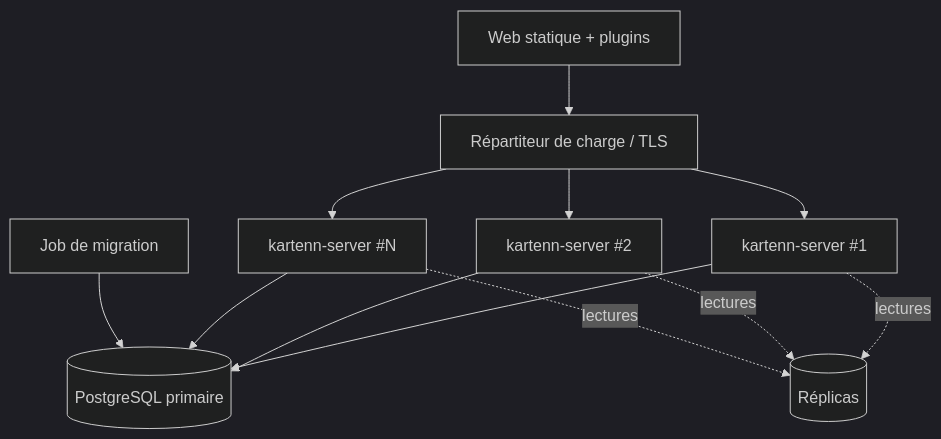
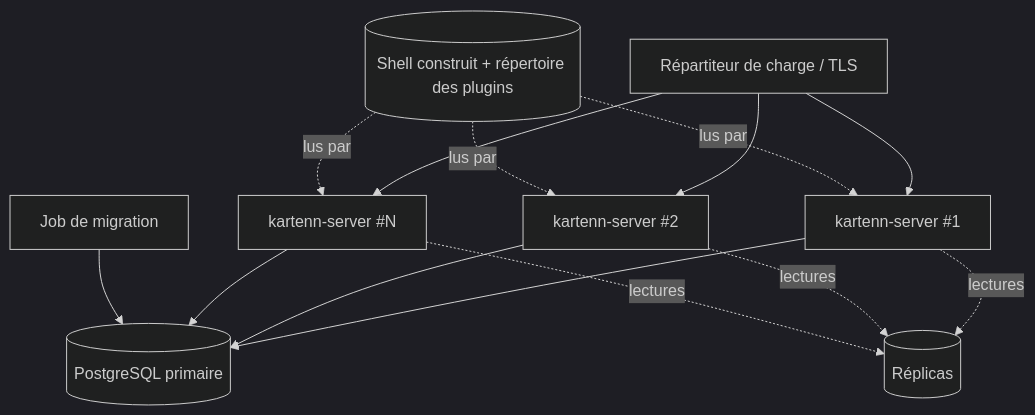
One commit to Cavernum/kartenn changed the third of 3 diagrams in docs/spec/architecture.md. Above: the diagram before and after it, drawn with Mermaid (dark theme). The commit also changed other lines of this file and 7 other files, not shown here.

First line of the commit message:
docs(spec): sync the system spec with the web shell and its plugins, ADR 0025 accepted, Vite relays the API (task 007-26)

````diff
--- a/docs/spec/architecture.md
+++ b/docs/spec/architecture.md
@@ -145,8 +152,8 @@
 ```mermaid
 flowchart TB
   lb[Répartiteur de charge / TLS] --> s1[kartenn-server #1] & s2[kartenn-server #2] & sn[kartenn-server #N]
   s1 & s2 & sn --> pgp[(PostgreSQL primaire)]
   s1 & s2 & sn -.lectures.-> pgr[(Réplicas)]
   mig[Job de migration] --> pgp
-  static[Web statique + plugins] --> lb
+  web[(Shell construit + répertoire des plugins)] -.lus par.-> s1 & s2 & sn
 ```
````
